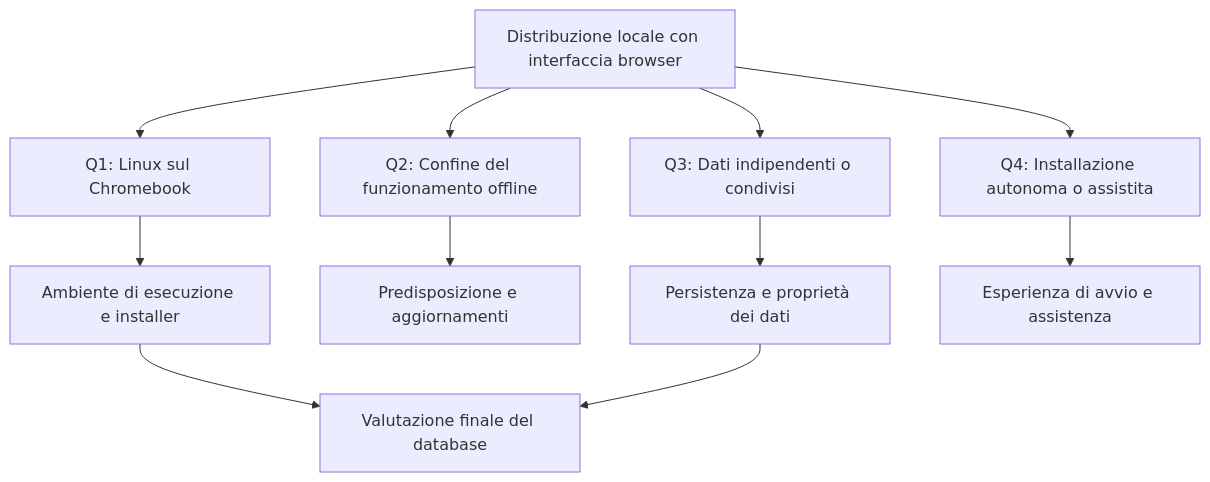
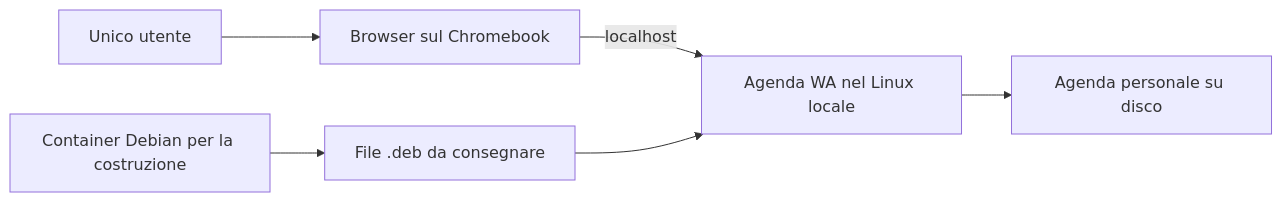
The diagram in docs/DISTRIBUZIONE-LOCALE.md (Nardone-Giampietro/agenda_consulente_assicurativo_fps), drawn with Mermaid before and after one commit. The commit also changed other lines of this file and 2 other files, not shown here.

Commit message:
Document single-user offline edition requirements

````diff
--- a/docs/DISTRIBUZIONE-LOCALE.md
+++ b/docs/DISTRIBUZIONE-LOCALE.md
@@ -47,13 +49,8 @@
 ```mermaid
-flowchart TD
-    A[Distribuzione locale con interfaccia browser] --> B[Q1: Linux sul Chromebook]
-    A --> C[Q2: Confine del funzionamento offline]
-    A --> D[Q3: Dati indipendenti o condivisi]
-    A --> E[Q4: Installazione autonoma o assistita]
-    B --> F[Ambiente di esecuzione e installer]
-    C --> G[Predisposizione e aggiornamenti]
-    D --> H[Persistenza e proprietà dei dati]
-    E --> I[Esperienza di avvio e assistenza]
-    F --> L[Valutazione finale del database]
-    H --> L
+flowchart LR
+    A[Unico utente] --> B[Browser sul Chromebook]
+    B -->|localhost| C[Agenda WA nel Linux locale]
+    C --> D[Agenda personale su disco]
+    E[Container Debian per la costruzione] --> F[File .deb da consegnare]
+    F --> C
 ```
````
